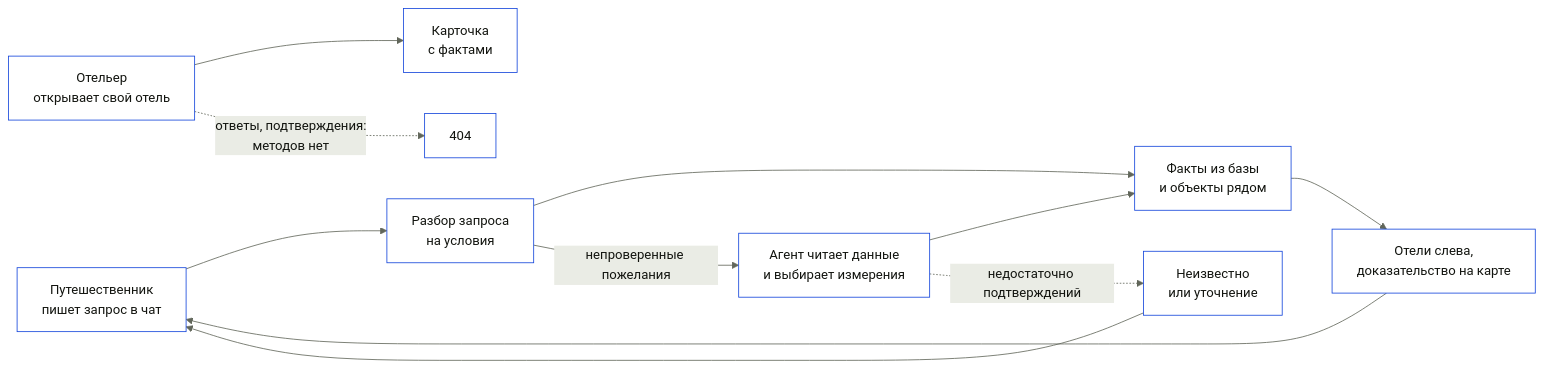
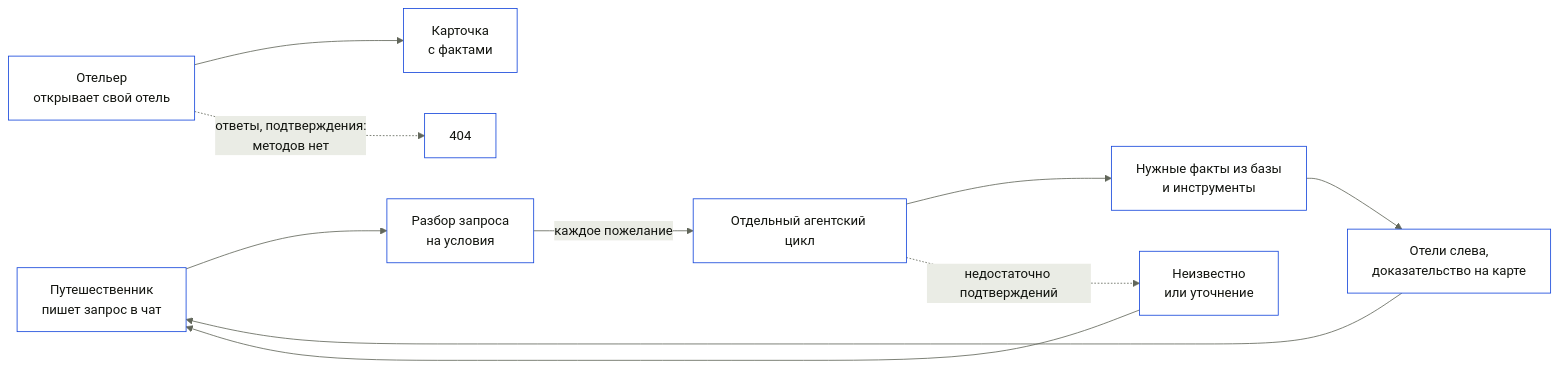
One commit to GoatWhistle/ostrovok changed the first of 3 diagrams in docs/architecture.md. Above: the diagram before and after it, drawn with Mermaid. The commit also changed other lines of this file and 11 other files, not shown here.

````diff
--- a/docs/architecture.md
+++ b/docs/architecture.md
@@ -17,14 +17,13 @@
 ```mermaid
 %%{init: {"theme":"base","themeVariables":{"primaryColor":"#ffffff","primaryTextColor":"#12140f","primaryBorderColor":"#1546db","secondaryColor":"#eaece5","tertiaryColor":"#f4f5f1","lineColor":"#61665a","textColor":"#12140f","noteBkgColor":"#eaece5","noteTextColor":"#4a4e44","actorBkg":"#ffffff","actorBorder":"#1546db","fontFamily":"Manrope Variable"}}}%%
 flowchart LR
     U1["Путешественник<br/>пишет запрос в чат"] --> M1["Разбор запроса<br/>на условия"]
-    M1 --> M2["Факты из базы<br/>и объекты рядом"]
-    M1 -->|"непроверенные пожелания"| A["Агент читает данные<br/>и выбирает измерения"]
-    A --> M2
+    M1 -->|"каждое пожелание"| A["Отдельный агентский цикл"]
+    A --> M2["Нужные факты из базы<br/>и инструменты"]
     A -.->|"недостаточно подтверждений"| Q["Неизвестно<br/>или уточнение"]
     Q --> U1
     M2 --> R["Отели слева,<br/>доказательство на карте"]
     R --> U1
     U2["Отельер<br/>открывает свой отель"] --> C["Карточка<br/>с фактами"]
     U2 -.->|"ответы, подтверждения:<br/>методов нет"| X["404"]
 ```
````
